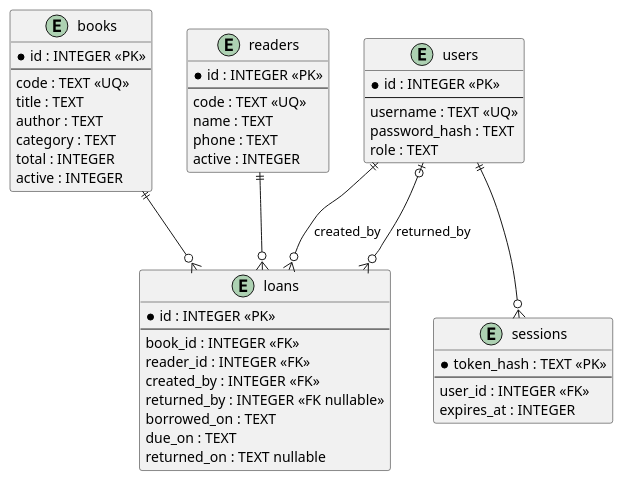
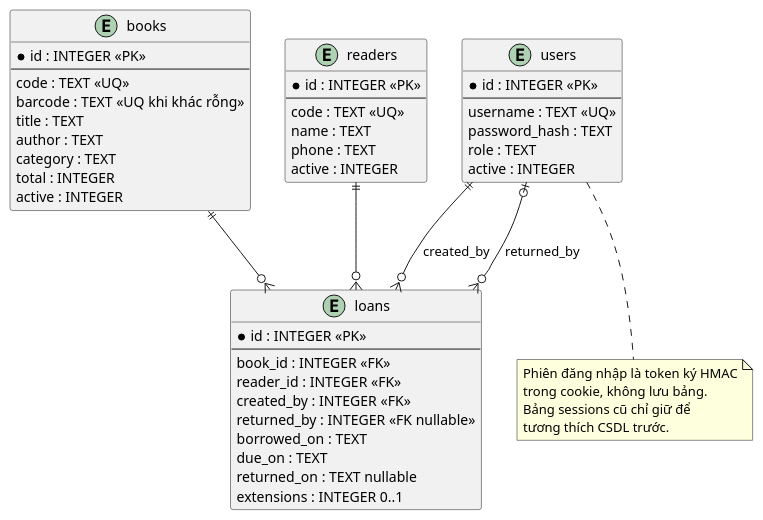
The diagram in docs/uml/07_er.puml (khoiln218/ThuVienMini), drawn with PlantUML before and after one commit. The commit also changed 19 other files, not shown here.

```diff
--- a/docs/uml/07_er.puml
+++ b/docs/uml/07_er.puml
@@ -1,51 +1,53 @@
 @startuml
 skinparam defaultFontName Arial
 skinparam shadowing false
 entity books {
  *id : INTEGER <<PK>>
  --
  code : TEXT <<UQ>>
+ barcode : TEXT <<UQ khi khác rỗng>>
  title : TEXT
  author : TEXT
  category : TEXT
  total : INTEGER
  active : INTEGER
 }
 entity readers {
  *id : INTEGER <<PK>>
  --
  code : TEXT <<UQ>>
  name : TEXT
  phone : TEXT
  active : INTEGER
 }
 entity loans {
  *id : INTEGER <<PK>>
  --
  book_id : INTEGER <<FK>>
  reader_id : INTEGER <<FK>>
  created_by : INTEGER <<FK>>
  returned_by : INTEGER <<FK nullable>>
  borrowed_on : TEXT
  due_on : TEXT
  returned_on : TEXT nullable
+ extensions : INTEGER 0..1
 }
 entity users {
  *id : INTEGER <<PK>>
  --
  username : TEXT <<UQ>>
  password_hash : TEXT
  role : TEXT
-}
-entity sessions {
- *token_hash : TEXT <<PK>>
- --
- user_id : INTEGER <<FK>>
- expires_at : INTEGER
+ active : INTEGER
 }
 books ||--o{ loans
 readers ||--o{ loans
 users ||--o{ loans : created_by
 users |o--o{ loans : returned_by
-users ||--o{ sessions
+note bottom of users
+ Phiên đăng nhập là token ký HMAC
+ trong cookie, không lưu bảng.
+ Bảng sessions cũ chỉ giữ để
+ tương thích CSDL trước.
+end note
 @enduml
```
